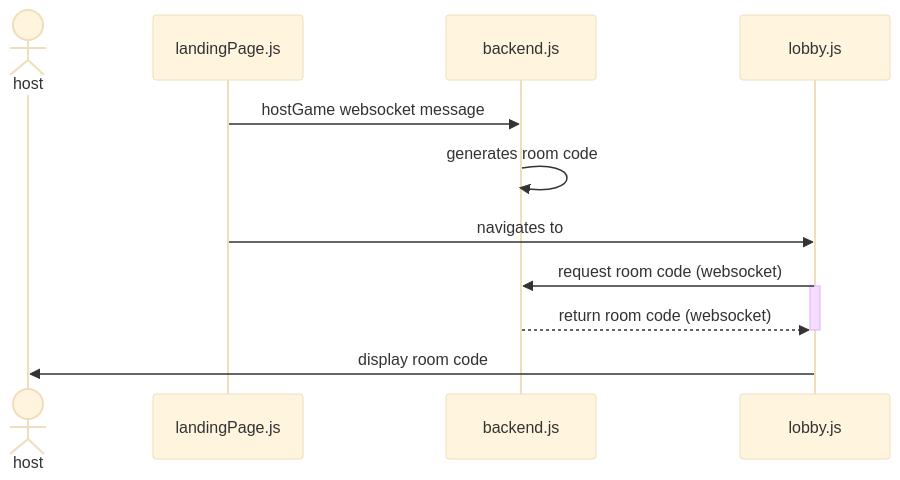
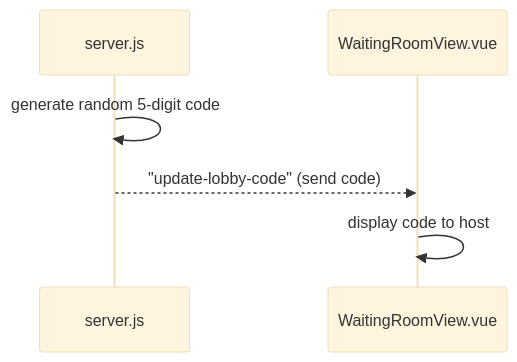
One commit to Capstone-Projects-2025-Spring/project-aac-game-team-a changed the third of 14 diagrams in documentation/docs/system-architecture/design.md. Above: the diagram before and after it, drawn with Mermaid (base theme). The commit also changed other lines of this file, not shown here.

Commit message:
sequence diagram 2

````diff
--- a/documentation/docs/system-architecture/design.md
+++ b/documentation/docs/system-architecture/design.md
@@ -482,16 +482,11 @@
 ```mermaid
+
 sequenceDiagram
+    participant server.js
+    participant WaitingRoomView.vue
 
-actor host
-
-landingPage.js ->> backend.js: hostGame websocket message
-
-backend.js ->> backend.js: generates room code
-landingPage.js ->> lobby.js: navigates to
-lobby.js ->> backend.js: request room code (websocket)
-activate lobby.js
-backend.js -->> lobby.js: return room code (websocket)
-deactivate lobby.js
-lobby.js ->> host: display room code
+    server.js->>server.js: generate random 5-digit code
+    server.js-->>WaitingRoomView.vue: "update-lobby-code" (send code)
+    WaitingRoomView.vue->>WaitingRoomView.vue: display code to host
 
 ```
````
